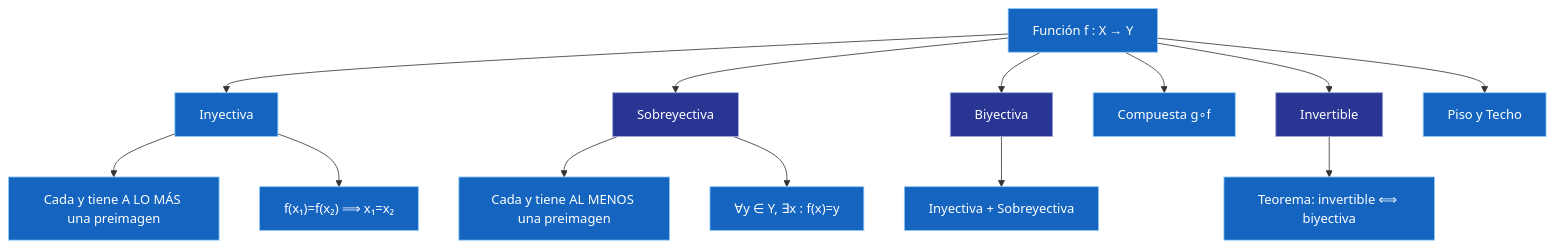
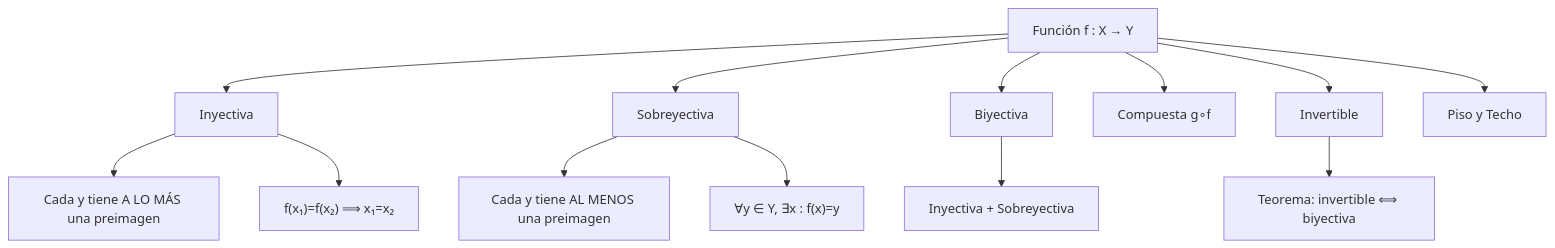
The diagram in src/site/notes/Universidad/3er Semestre/Matemáticas Discretas/Unidad 2 - Funciones y Relaciones/01 - Funciones.md (Fsteven22/Notas-ESPOL), drawn with Mermaid before and after one commit. The commit also changed other lines of this file and 179 other files, not shown here.

````diff
--- a/src/site/notes/Universidad/3er Semestre/Matemáticas Discretas/Unidad 2 - Funciones y Relaciones/01 - Funciones.md
+++ b/src/site/notes/Universidad/3er Semestre/Matemáticas Discretas/Unidad 2 - Funciones y Relaciones/01 - Funciones.md
@@ -367,29 +365,16 @@
 ```mermaid
 graph TD
     A[Función f : X → Y] --> B[Inyectiva]
     A --> C[Sobreyectiva]
     A --> D[Biyectiva]
     A --> E[Compuesta g∘f]
     A --> F[Invertible]
     A --> G[Piso y Techo]
     B --> B1["Cada y tiene A LO MÁS una preimagen"]
     B --> B2["f(x₁)=f(x₂) ⟹ x₁=x₂"]
     C --> C1["Cada y tiene AL MENOS una preimagen"]
     C --> C2["∀y ∈ Y, ∃x : f(x)=y"]
     D --> D1[Inyectiva + Sobreyectiva]
     F --> F2[Teorema: invertible ⟺ biyectiva]
-    style A fill:#1565C0,color:#FFFFFF,stroke:#90CAF9,stroke-width:1px
-    style B fill:#1565C0,color:#FFFFFF,stroke:#90CAF9,stroke-width:1px
-    style B1 fill:#1565C0,color:#FFFFFF,stroke:#90CAF9,stroke-width:1px
-    style B2 fill:#1565C0,color:#FFFFFF,stroke:#90CAF9,stroke-width:1px
-    style C fill:#283593,color:#FFFFFF,stroke:#9FA8DA,stroke-width:1px
-    style C1 fill:#1565C0,color:#FFFFFF,stroke:#90CAF9,stroke-width:1px
-    style C2 fill:#1565C0,color:#FFFFFF,stroke:#90CAF9,stroke-width:1px
-    style D fill:#283593,color:#FFFFFF,stroke:#9FA8DA,stroke-width:1px
-    style D1 fill:#1565C0,color:#FFFFFF,stroke:#90CAF9,stroke-width:1px
-    style E fill:#1565C0,color:#FFFFFF,stroke:#90CAF9,stroke-width:1px
-    style F fill:#283593,color:#FFFFFF,stroke:#9FA8DA,stroke-width:1px
-    style F2 fill:#1565C0,color:#FFFFFF,stroke:#90CAF9,stroke-width:1px
-    style G fill:#1565C0,color:#FFFFFF,stroke:#90CAF9,stroke-width:1px
 
 ```
````
